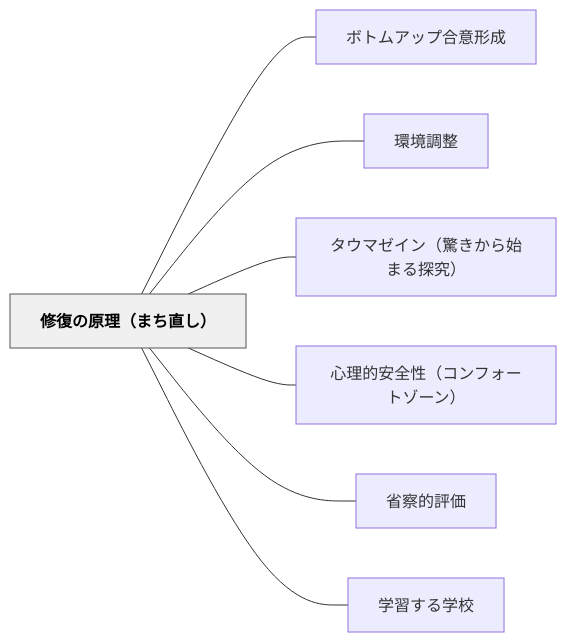
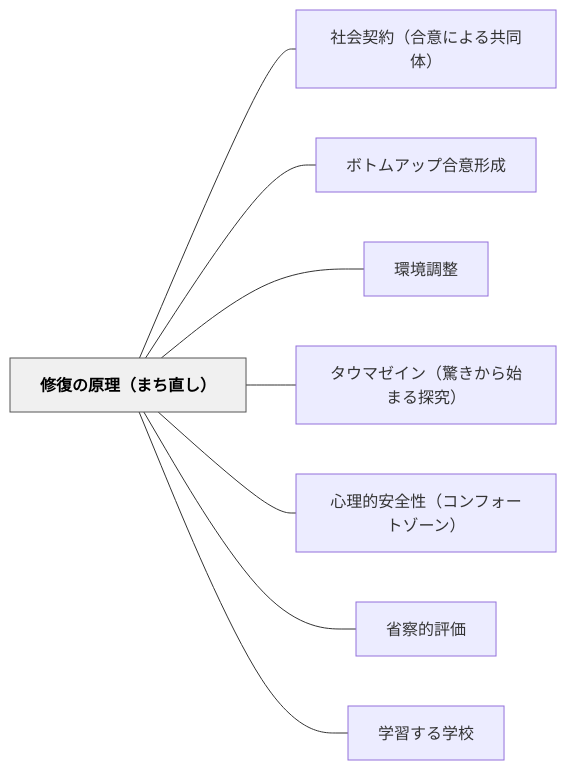
One commit to unknownthings-ed-patterns/unknownthings-ed-patterns changed the diagram in content/パタン/修復の原理（まち直し）.md. Above: the diagram before and after it, drawn with Mermaid. The commit also changed other lines of this file and 185 other files, not shown here.

````diff
--- a/content/パタン/修復の原理（まち直し）.md
+++ b/content/パタン/修復の原理（まち直し）.md
@@ -169,20 +170,22 @@
 ```mermaid
 flowchart LR
     ne4bfaee5bea9e381aee58e9fe79086efbc88e381bee381a1e79bb4e38197efbc89["修復の原理（まち直し）"]
+    ne7a4bee4bc9ae5a591e7b484efbc88e59088e6848fe381abe38288e3828be585b1e5908ce4bd93efbc89["社会契約（合意による共同体）"]
     ne3839ce38388e383a0e382a2e38383e38397e59088e6848fe5bda2e68890["ボトムアップ合意形成"]
     ne792b0e5a283e8aabfe695b4["環境調整"]
     ne382bfe382a6e3839ee382bce382a4e383b3efbc88e9a99ae3818de3818be38289e5a78be381bee3828be68ea2e7a9b6efbc89["タウマゼイン（驚きから始まる探究）"]
     ne5bf83e79086e79a84e5ae89e585a8e680a7efbc88e382b3e383b3e38395e382a9e383bce38388e382bee383bce383b3efbc89["心理的安全性（コンフォートゾーン）"]
     ne79c81e5af9fe79a84e8a995e4bea1["省察的評価"]
     ne5ada6e7bf92e38199e3828be5ada6e6a0a1["学習する学校"]
 
+    ne4bfaee5bea9e381aee58e9fe79086efbc88e381bee381a1e79bb4e38197efbc89 --- ne7a4bee4bc9ae5a591e7b484efbc88e59088e6848fe381abe38288e3828be585b1e5908ce4bd93efbc89
     ne4bfaee5bea9e381aee58e9fe79086efbc88e381bee381a1e79bb4e38197efbc89 --- ne3839ce38388e383a0e382a2e38383e38397e59088e6848fe5bda2e68890
     ne4bfaee5bea9e381aee58e9fe79086efbc88e381bee381a1e79bb4e38197efbc89 --- ne792b0e5a283e8aabfe695b4
     ne4bfaee5bea9e381aee58e9fe79086efbc88e381bee381a1e79bb4e38197efbc89 --- ne382bfe382a6e3839ee382bce382a4e383b3efbc88e9a99ae3818de3818be38289e5a78be381bee3828be68ea2e7a9b6efbc89
     ne4bfaee5bea9e381aee58e9fe79086efbc88e381bee381a1e79bb4e38197efbc89 --- ne5bf83e79086e79a84e5ae89e585a8e680a7efbc88e382b3e383b3e38395e382a9e383bce38388e382bee383bce383b3efbc89
     ne4bfaee5bea9e381aee58e9fe79086efbc88e381bee381a1e79bb4e38197efbc89 --- ne79c81e5af9fe79a84e8a995e4bea1
     ne4bfaee5bea9e381aee58e9fe79086efbc88e381bee381a1e79bb4e38197efbc89 --- ne5ada6e7bf92e38199e3828be5ada6e6a0a1
 
     classDef hub fill:#f0f0f0,stroke:#555,color:#000,font-weight:bold
     class ne4bfaee5bea9e381aee58e9fe79086efbc88e381bee381a1e79bb4e38197efbc89 hub
 ```
````
